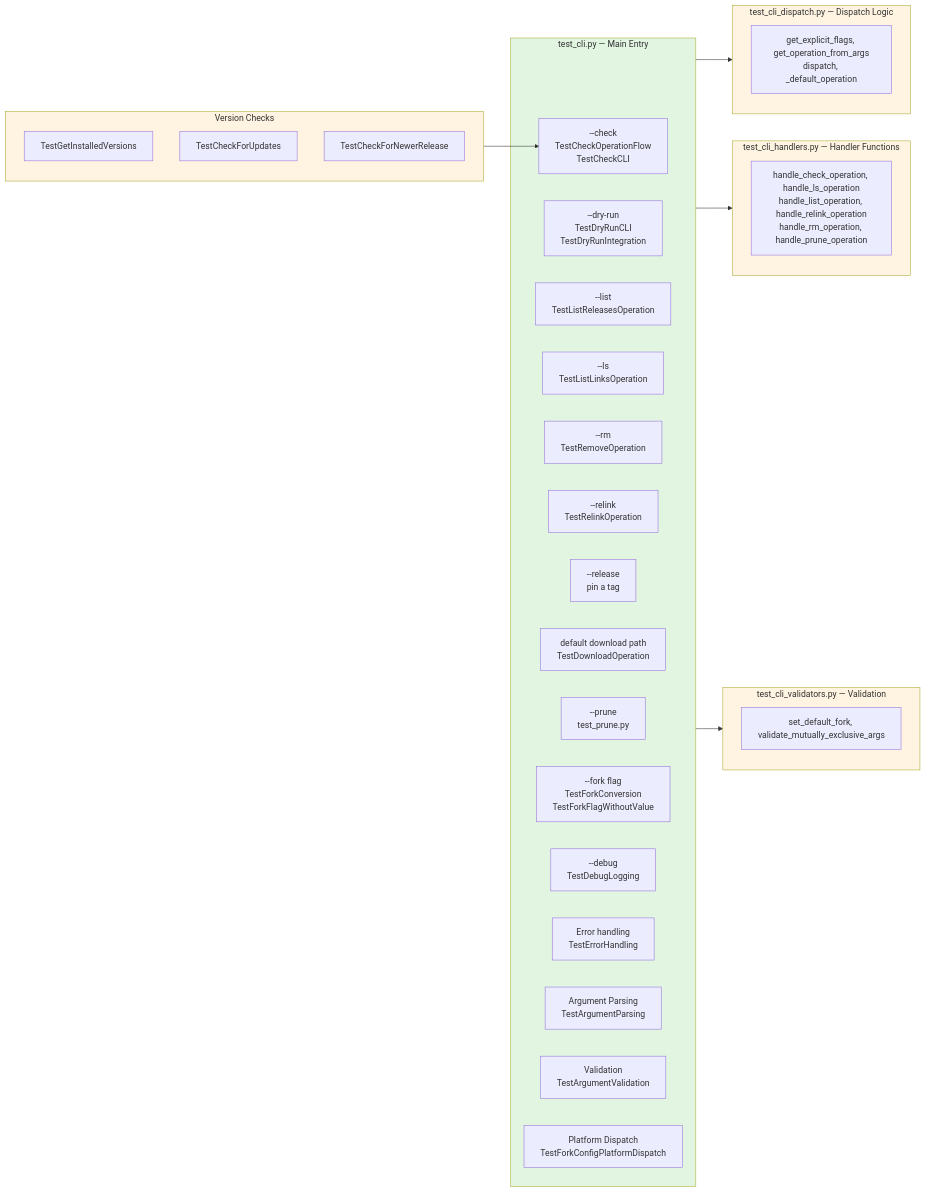
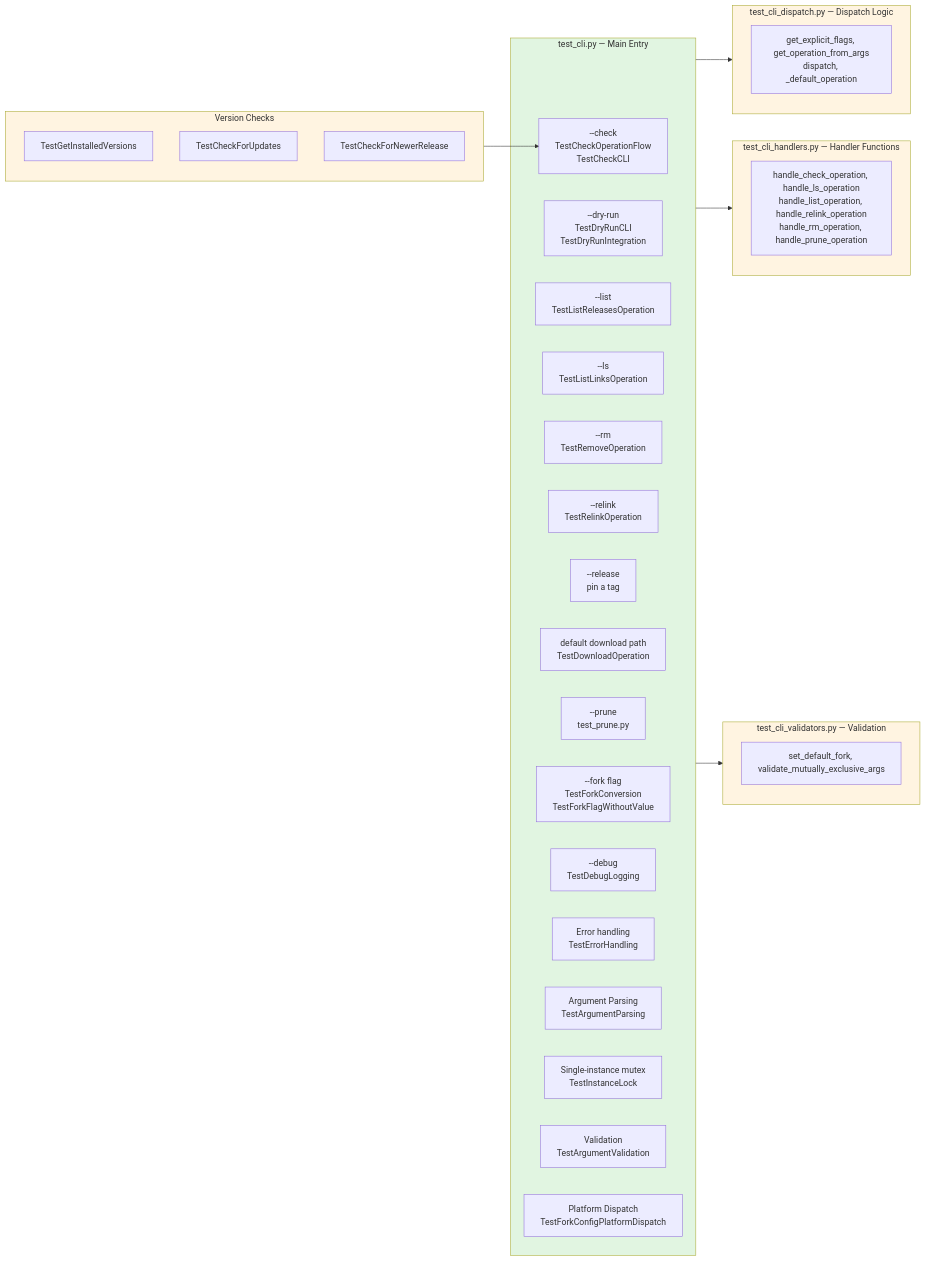
Before and after one commit to WombatFromHell/protonge-fetcher: the ninth of 16 diagrams in tests/TEST_DESIGN.md, drawn with Mermaid. The commit also changed other lines of this file and 4 other files, not shown here.

First line of the commit message:
Refuse a second protonfetcher instance with a whole-run flock mutex

````diff
--- a/tests/TEST_DESIGN.md
+++ b/tests/TEST_DESIGN.md
@@ -405,49 +405,50 @@
 ```mermaid
 graph LR
     subgraph CLI_MAIN["test_cli.py — Main Entry"]
         OP_CHECK["--check<br/>TestCheckOperationFlow<br/>TestCheckCLI"]
         OP_DRYRUN["--dry-run<br/>TestDryRunCLI<br/>TestDryRunIntegration"]
         OP_LIST["--list<br/>TestListReleasesOperation"]
         OP_LINKS["--ls<br/>TestListLinksOperation"]
         OP_REMOVE["--rm<br/>TestRemoveOperation"]
         OP_RELINK["--relink<br/>TestRelinkOperation"]
         OP_RELEASE["--release<br/>pin a tag"]
         OP_DOWNLOAD["default download path<br/>TestDownloadOperation"]
         OP_PRUNE["--prune<br/>test_prune.py"]
         OP_FORK["--fork flag<br/>TestForkConversion<br/>TestForkFlagWithoutValue"]
         OP_DEBUG["--debug<br/>TestDebugLogging"]
         OP_ERROR["Error handling<br/>TestErrorHandling"]
         OP_PARSE["Argument Parsing<br/>TestArgumentParsing"]
+        OP_LOCK["Single-instance mutex<br/>TestInstanceLock"]
         OP_VALID["Validation<br/>TestArgumentValidation"]
         OP_PLATFORM["Platform Dispatch<br/>TestForkConfigPlatformDispatch"]
     end
 
     subgraph CLI_DISPATCH["test_cli_dispatch.py — Dispatch Logic"]
         DD["get_explicit_flags, get_operation_from_args<br/>dispatch, _default_operation"]
     end
 
     subgraph CLI_HANDLERS["test_cli_handlers.py — Handler Functions"]
         DH["handle_check_operation, handle_ls_operation<br/>handle_list_operation, handle_relink_operation<br/>handle_rm_operation, handle_prune_operation"]
     end
 
     subgraph CLI_VALIDATORS["test_cli_validators.py — Validation"]
         DV["set_default_fork, validate_mutually_exclusive_args"]
     end
 
     subgraph VERSIONS["Version Checks"]
         INSTALLED["TestGetInstalledVersions"]
         UPDATES["TestCheckForUpdates"]
         NEWER["TestCheckForNewerRelease"]
     end
 
     CLI_MAIN --> CLI_DISPATCH
     CLI_MAIN --> CLI_HANDLERS
     CLI_MAIN --> CLI_VALIDATORS
     VERSIONS --> OP_CHECK
 
     style CLI_MAIN fill:#e1f5e1
     style CLI_DISPATCH fill:#fff4e1
     style CLI_HANDLERS fill:#fff4e1
     style CLI_VALIDATORS fill:#fff4e1
     style VERSIONS fill:#fff4e1
 ```
````
